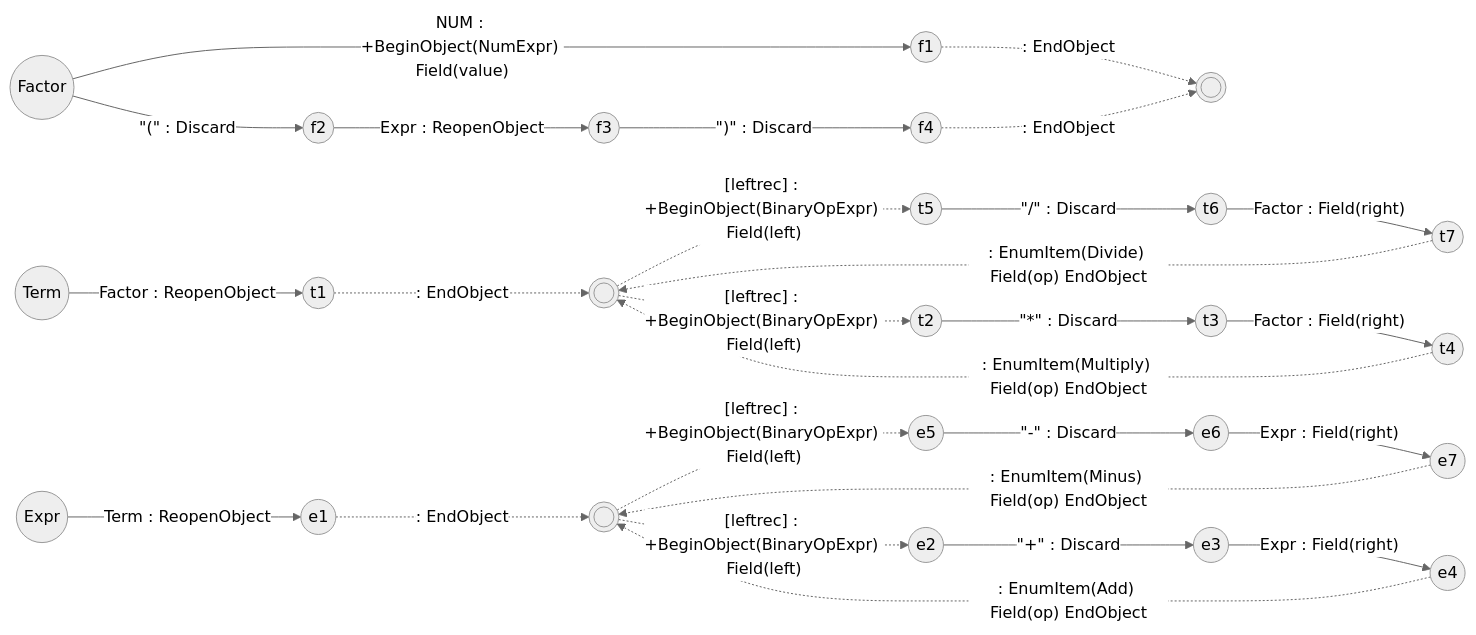
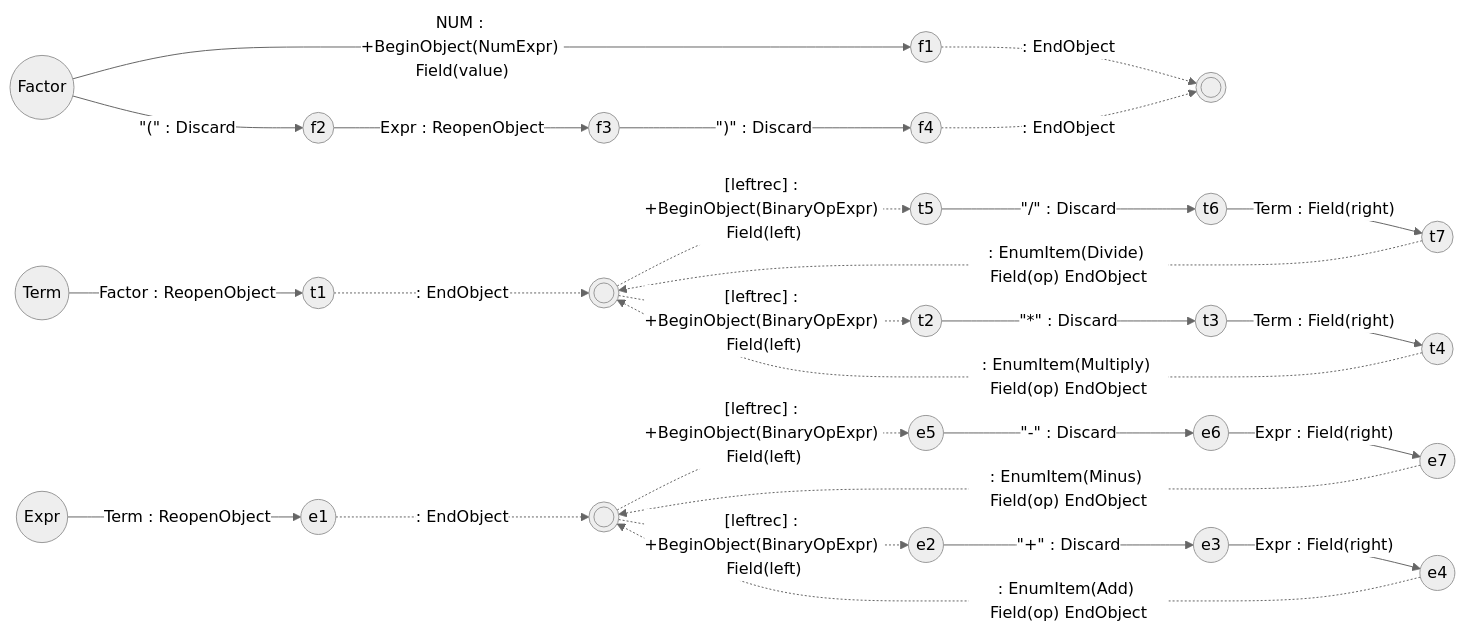
Before and after one commit to vczh-websites/vczh: the ninth of 10 diagrams in Blog/GLR-Refactoring/Mermaid.md, drawn with Mermaid (neutral theme). The commit also changed other lines of this file, not shown here.

````diff
--- a/Blog/GLR-Refactoring/Mermaid.md
+++ b/Blog/GLR-Refactoring/Mermaid.md
@@ -106,31 +106,31 @@
 ```mermaid
 graph LR
   fS((Factor))-- NUM : +BeginObject(NumExpr) Field(value) --> f1
   f1((f1))-. : EndObject .->fE((( )))
   fS-- #quot;(#quot; : Discard --> f2
   f2((f2))-- Expr : ReopenObject --> f3
   f3((f3))-- #quot;)#quot; : Discard -->f4
   f4((f4))-. : EndObject .->fE
 
   tS((Term))-- Factor : ReopenObject --> t1
   t1((t1))-. : EndObject .->tE((( )))
   t2((t2))-- #quot;*#quot; : Discard -->t3
-  t3((t3))-- Factor : Field(right) --> t4
+  t3((t3))-- Term : Field(right) --> t4
   t4((t4))-. : EnumItem(Multiply) Field(op) EndObject .->tE
   tE-. [leftrec] : +BeginObject(BinaryOpExpr) Field(left) .->t5
   t5((t5))-- #quot;/#quot; : Discard -->t6
-  t6((t6))-- Factor : Field(right) --> t7
+  t6((t6))-- Term : Field(right) --> t7
   t7((t7))-. : EnumItem(Divide) Field(op) EndObject .->tE
   tE-. [leftrec] : +BeginObject(BinaryOpExpr) Field(left) .->t2
 
   eS((Expr))-- Term : ReopenObject --> e1
   e1((e1))-. : EndObject .->eE((( )))
   e2((e2))-- #quot;+#quot; : Discard -->e3
   e3((e3))-- Expr : Field(right) --> e4
   e4((e4))-. : EnumItem(Add) Field(op) EndObject .->eE
   eE-. [leftrec] : +BeginObject(BinaryOpExpr) Field(left) .->e5
   e5((e5))-- #quot;-#quot; : Discard -->e6
   e6((e6))-- Expr : Field(right) --> e7
   e7((e7))-. : EnumItem(Minus) Field(op) EndObject .->eE
   eE-. [leftrec] : +BeginObject(BinaryOpExpr) Field(left) .->e2
 ```
````
